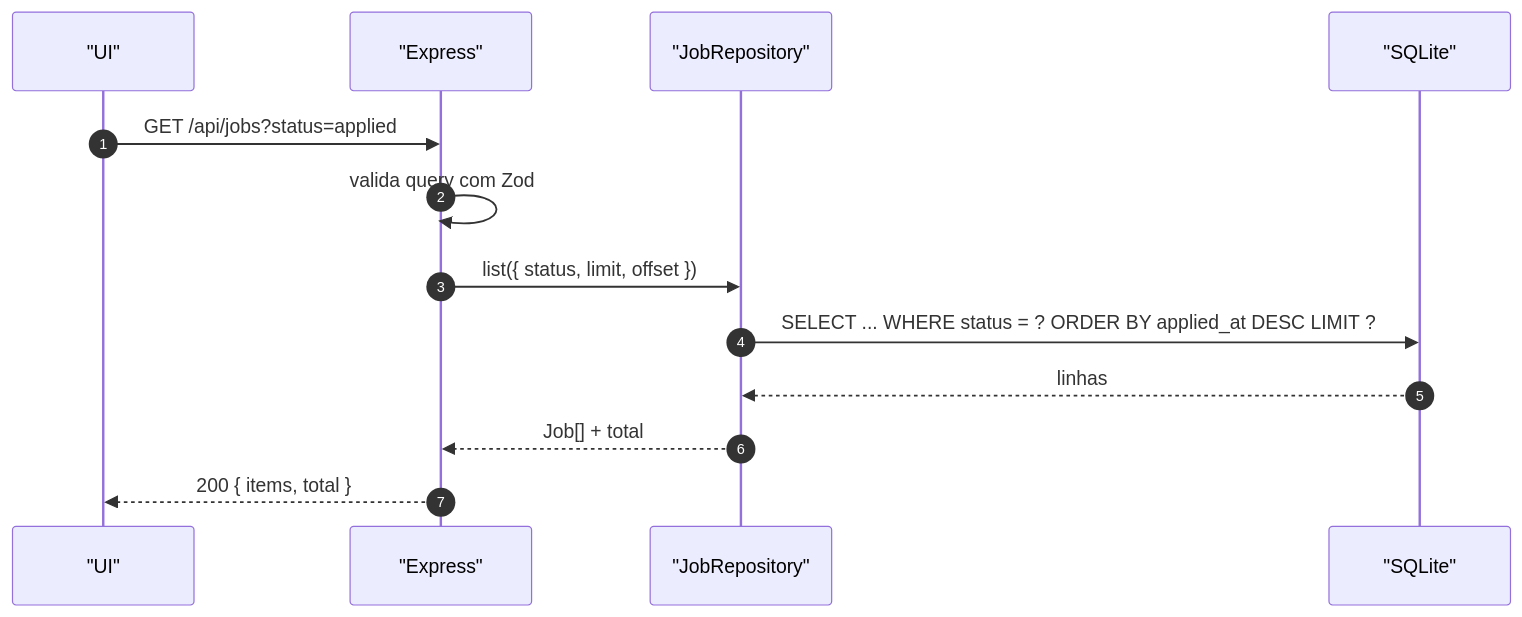
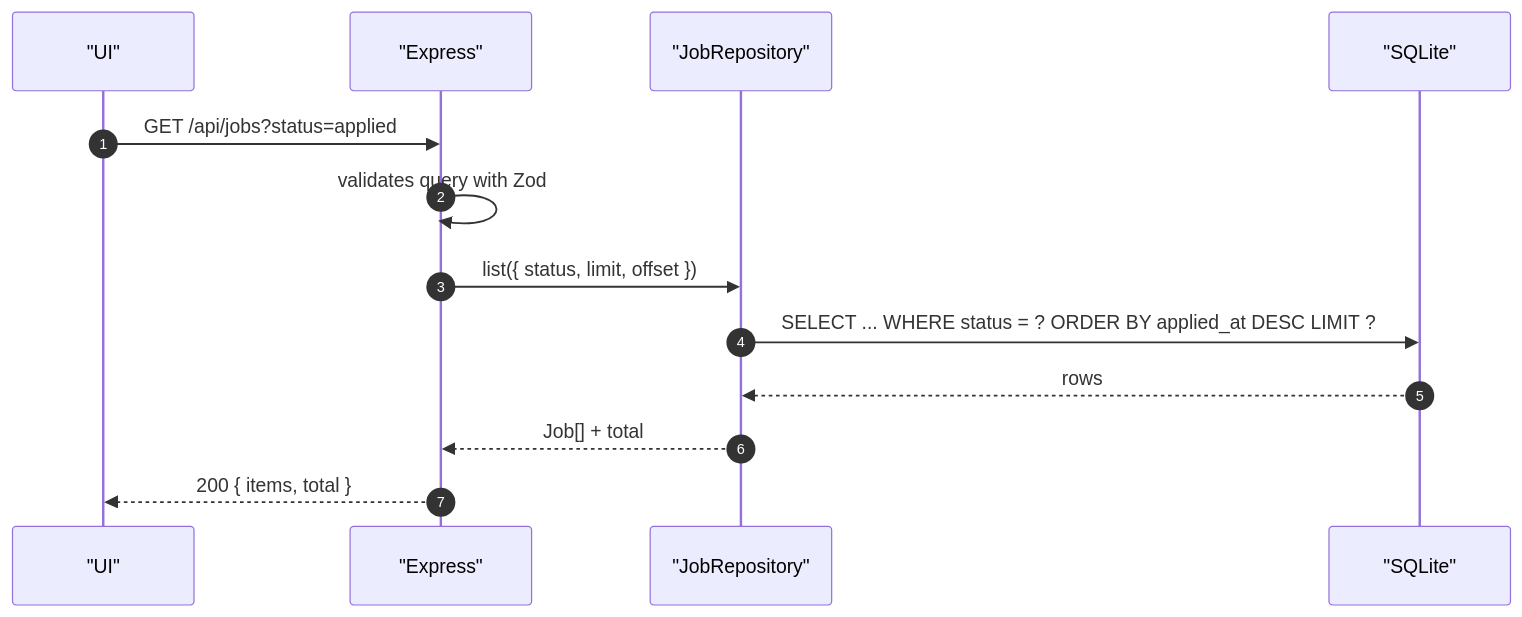
Before and after one commit to HDias/job-search: the third of 7 diagrams in docs/architecture.md, drawn with Mermaid. The commit also changed other lines of this file and 29 other files, not shown here.

````diff
--- a/docs/architecture.md
+++ b/docs/architecture.md
@@ -123,16 +123,16 @@
 ```mermaid
 sequenceDiagram
   autonumber
   participant UI as "UI"
   participant API as "Express"
   participant REPO as "JobRepository"
   participant DB as "SQLite"
 
   UI->>API: GET /api/jobs?status=applied
-  API->>API: valida query com Zod
+  API->>API: validates query with Zod
   API->>REPO: list({ status, limit, offset })
   REPO->>DB: SELECT ... WHERE status = ? ORDER BY applied_at DESC LIMIT ?
-  DB-->>REPO: linhas
+  DB-->>REPO: rows
   REPO-->>API: Job[] + total
   API-->>UI: 200 { items, total }
 ```
````
